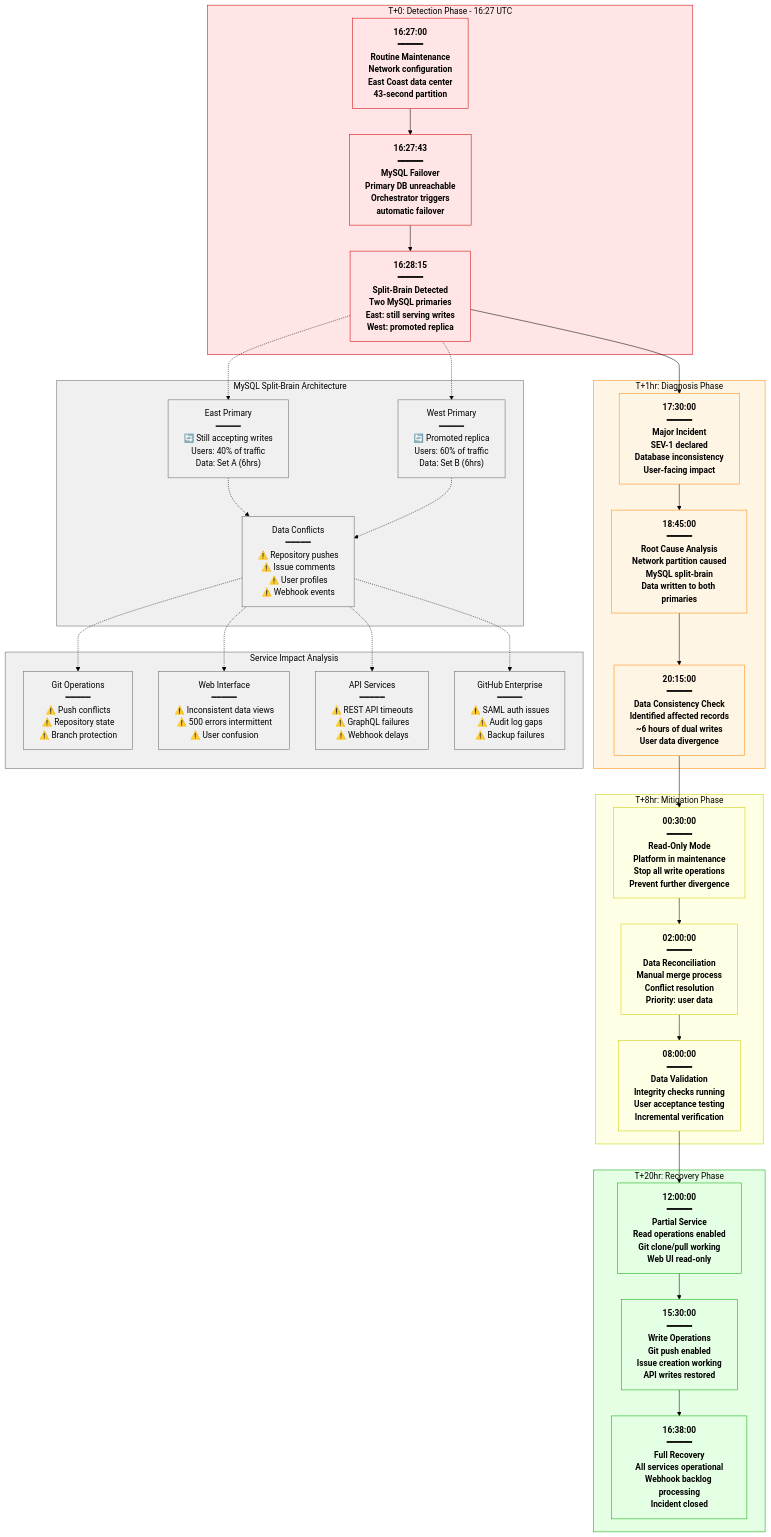
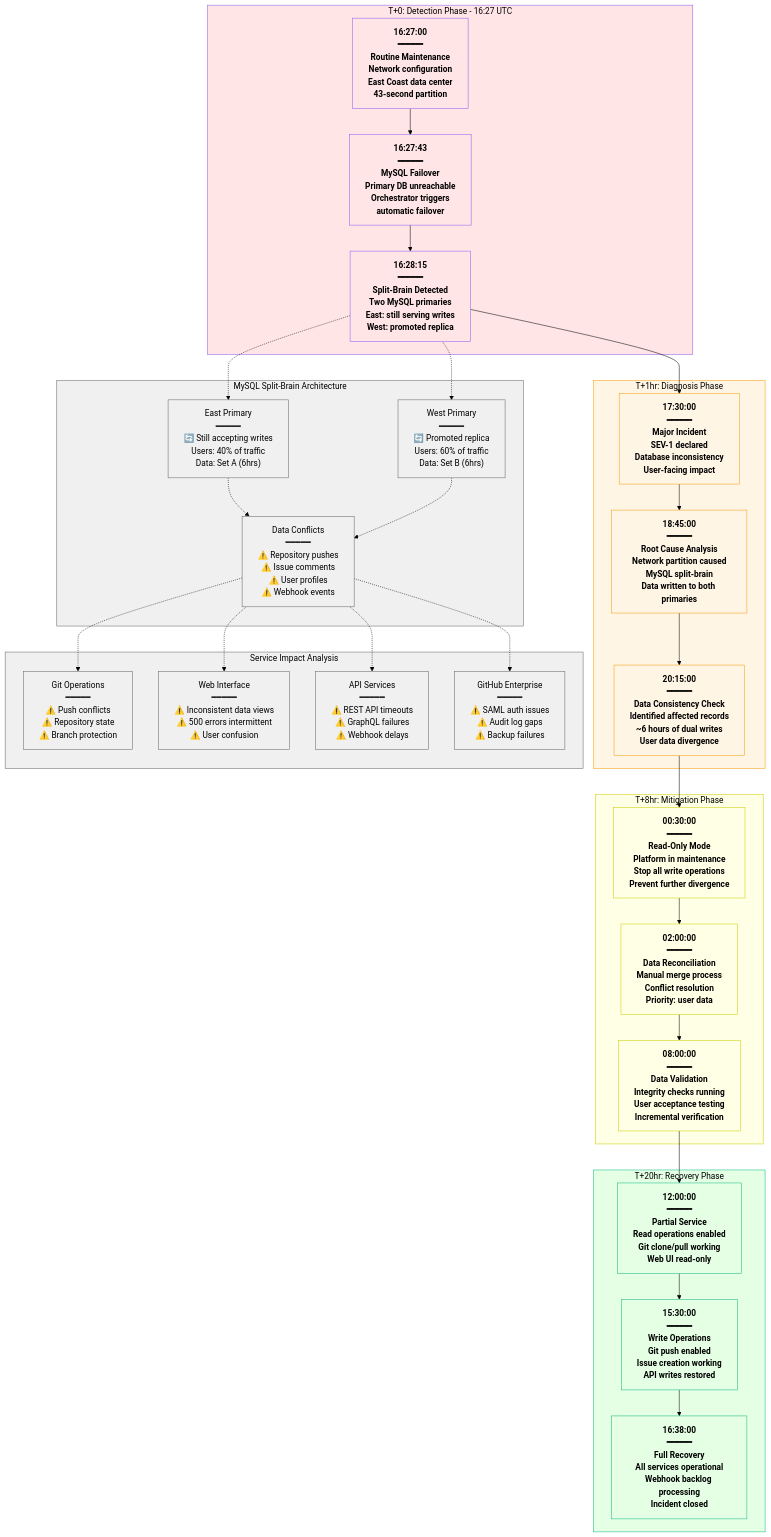
The first of 3 diagrams in site/docs/incidents/github-2018.md (deepaucksharma/DS), drawn with Mermaid (forest theme) before and after one commit. The commit also changed other lines of this file and 303 other files, not shown here.

````diff
--- a/site/docs/incidents/github-2018.md
+++ b/site/docs/incidents/github-2018.md
@@ -18,7 +18,7 @@
 ```mermaid
 graph TB
     subgraph Detection["T+0: Detection Phase - 16:27 UTC"]
-        style Detection fill:#FFE5E5,stroke:#CC0000,color:#000
+        style Detection fill:#FFE5E5,stroke:#8B5CF6,color:#000
 
         Start["16:27:00<br/>━━━━━<br/>Routine Maintenance<br/>Network configuration<br/>East Coast data center<br/>43-second partition"]
 
@@ -28,7 +28,7 @@
     end
 
     subgraph Diagnosis["T+1hr: Diagnosis Phase"]
-        style Diagnosis fill:#FFF5E5,stroke:#FF8800,color:#000
+        style Diagnosis fill:#FFF5E5,stroke:#F59E0B,color:#000
 
         Incident["17:30:00<br/>━━━━━<br/>Major Incident<br/>SEV-1 declared<br/>Database inconsistency<br/>User-facing impact"]
 
@@ -48,7 +48,7 @@
     end
 
     subgraph Recovery["T+20hr: Recovery Phase"]
-        style Recovery fill:#E5FFE5,stroke:#00AA00,color:#000
+        style Recovery fill:#E5FFE5,stroke:#10B981,color:#000
 
         PartialRestore["12:00:00<br/>━━━━━<br/>Partial Service<br/>Read operations enabled<br/>Git clone/pull working<br/>Web UI read-only"]
 
@@ -105,10 +105,10 @@
     DataConflict -.-> Enterprise
 
     %% Apply timeline colors
-    classDef detectStyle fill:#FFE5E5,stroke:#CC0000,color:#000,font-weight:bold
-    classDef diagnoseStyle fill:#FFF5E5,stroke:#FF8800,color:#000,font-weight:bold
+    classDef detectStyle fill:#FFE5E5,stroke:#8B5CF6,color:#000,font-weight:bold
+    classDef diagnoseStyle fill:#FFF5E5,stroke:#F59E0B,color:#000,font-weight:bold
     classDef mitigateStyle fill:#FFFFE5,stroke:#CCCC00,color:#000,font-weight:bold
-    classDef recoverStyle fill:#E5FFE5,stroke:#00AA00,color:#000,font-weight:bold
+    classDef recoverStyle fill:#E5FFE5,stroke:#10B981,color:#000,font-weight:bold
     classDef dbStyle fill:#F0F0F0,stroke:#666666,color:#000
     classDef serviceStyle fill:#F0F0F0,stroke:#666666,color:#000
 
````
